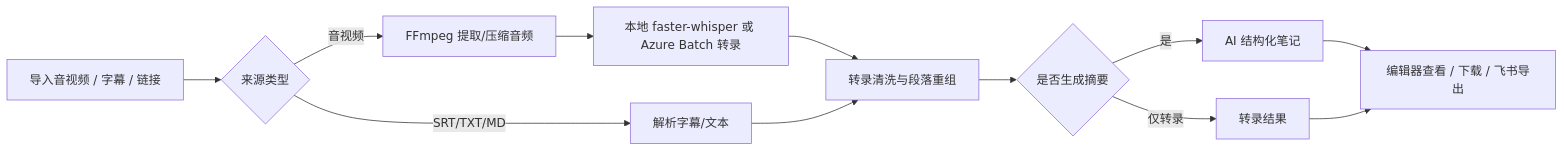
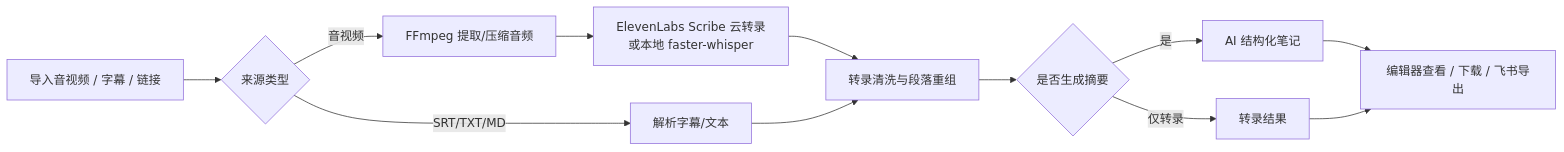
One commit to Userneima/fluentflow changed the diagram in docs/product_overview.md. Above: the diagram before and after it, drawn with Mermaid. The commit also changed other lines of this file and 27 other files, not shown here.

Commit message:
Make ElevenLabs the default cloud transcription route

````diff
--- a/docs/product_overview.md
+++ b/docs/product_overview.md
@@ -45,14 +45,14 @@
 ```mermaid
 flowchart LR
   A["导入音视频 / 字幕 / 链接"] --> B{"来源类型"}
   B -->|音视频| C["FFmpeg 提取/压缩音频"]
-  C --> D["本地 faster-whisper 或 Azure Batch 转录"]
+  C --> D["ElevenLabs Scribe 云转录或本地 faster-whisper"]
   B -->|SRT/TXT/MD| E["解析字幕/文本"]
   D --> F["转录清洗与段落重组"]
   E --> F
   F --> G{"是否生成摘要"}
   G -->|是| H["AI 结构化笔记"]
   G -->|仅转录| I["转录结果"]
   H --> J["编辑器查看 / 下载 / 飞书导出"]
   I --> J
 ```
````
